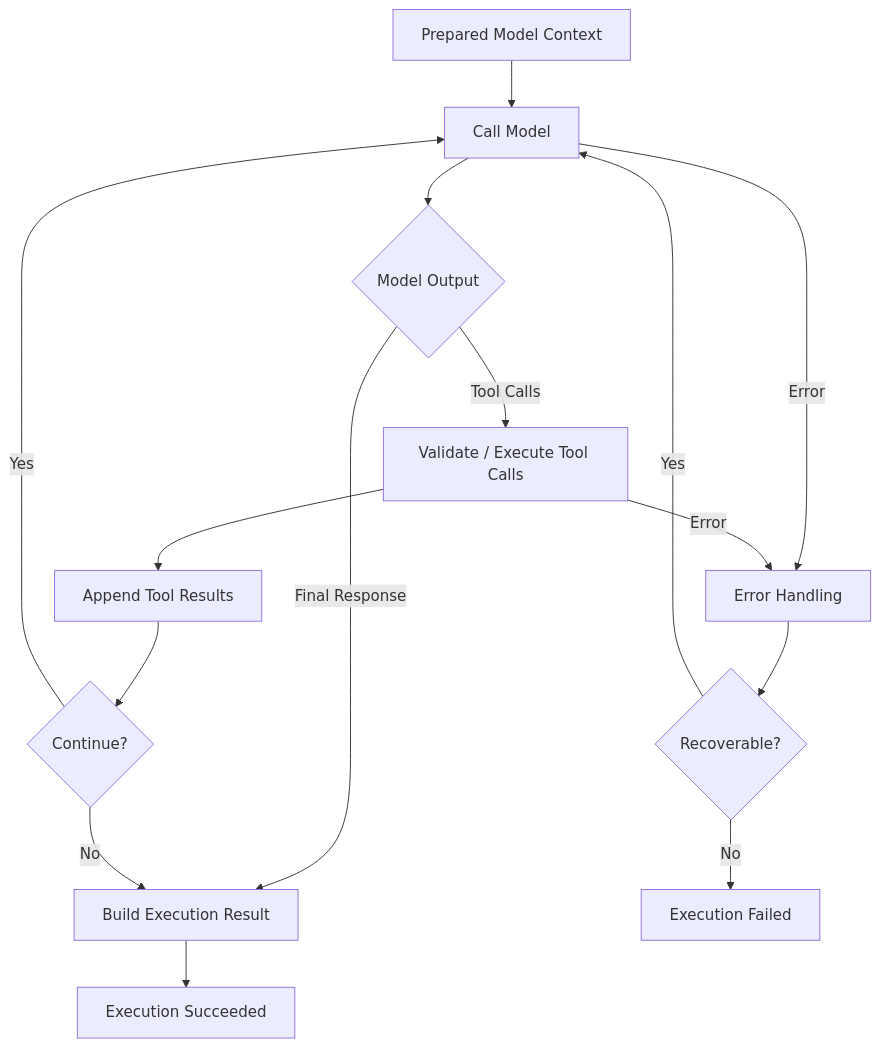
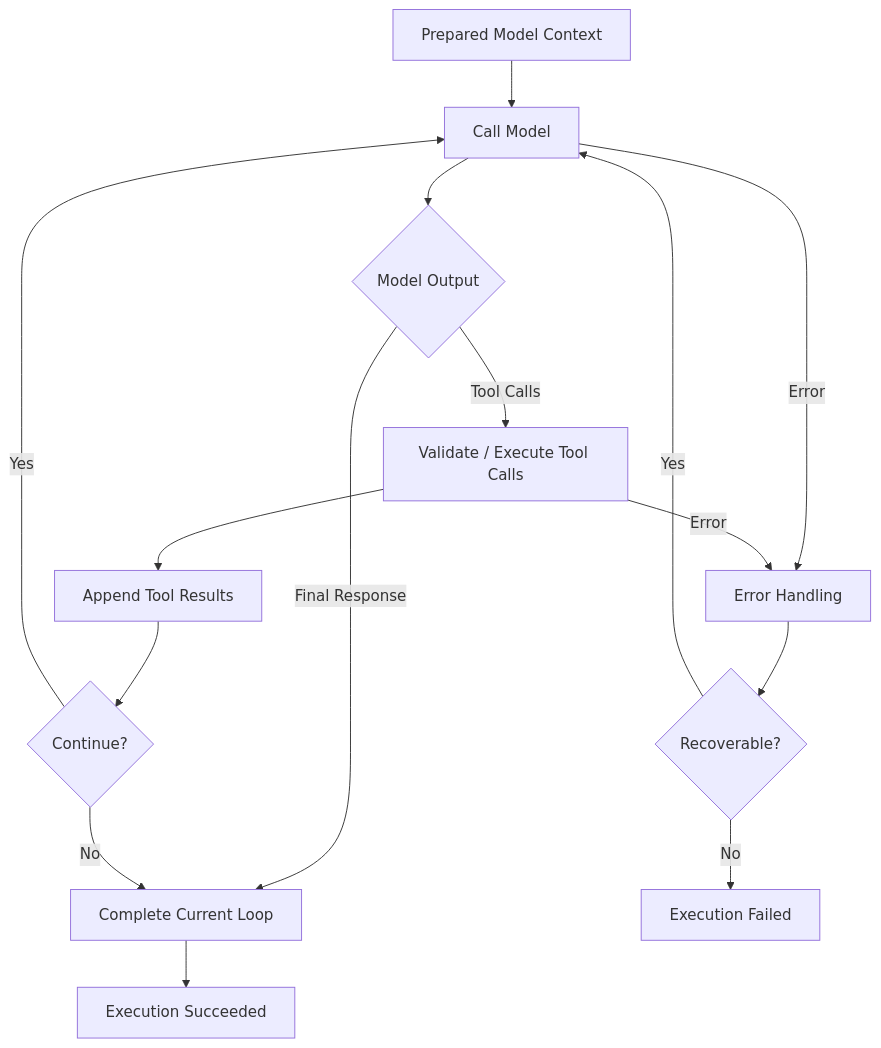
The first of 3 diagrams in docs/architecture/agent-loop.md (LunaDeerTech/agenteam), drawn with Mermaid before and after one commit. The commit also changed other lines of this file and 17 other files, not shown here.

Commit message:
docs: refine agent executor architecture

````diff
--- a/docs/architecture/agent-loop.md
+++ b/docs/architecture/agent-loop.md
@@ -182,24 +185,24 @@
 ```mermaid
 flowchart TB
     Context["Prepared Model Context"]
 
     Context --> Model["Call Model"]
     Model --> Result{"Model Output"}
 
     Result -->|"Tool Calls"| ToolCalls["Validate / Execute Tool Calls"]
     ToolCalls --> ToolResults["Append Tool Results"]
     ToolResults --> Continue{"Continue?"}
     Continue -->|Yes| Model
 
-    Result -->|"Final Response"| Output["Build Execution Result"]
+    Result -->|"Final Response"| Output["Complete Current Loop"]
 
     Model -->|"Error"| Error["Error Handling"]
     ToolCalls -->|"Error"| Error
 
     Error --> Recover{"Recoverable?"}
     Recover -->|Yes| Model
     Recover -->|No| Failed["Execution Failed"]
 
     Continue -->|No| Output
     Output --> Success["Execution Succeeded"]
 ```
````
